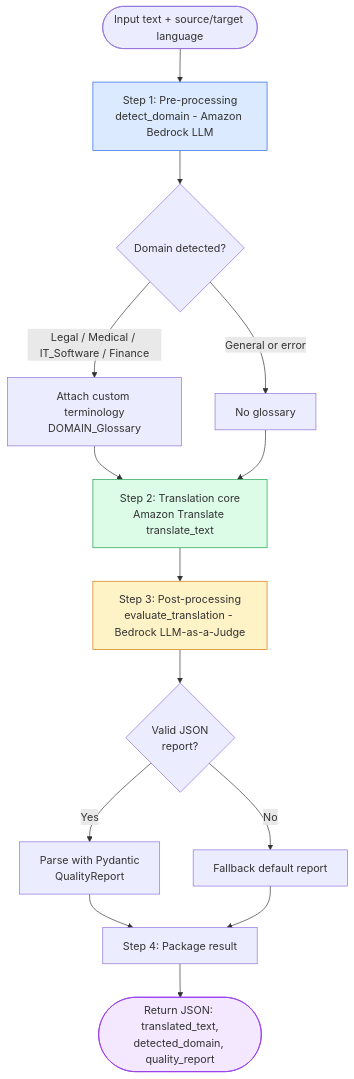
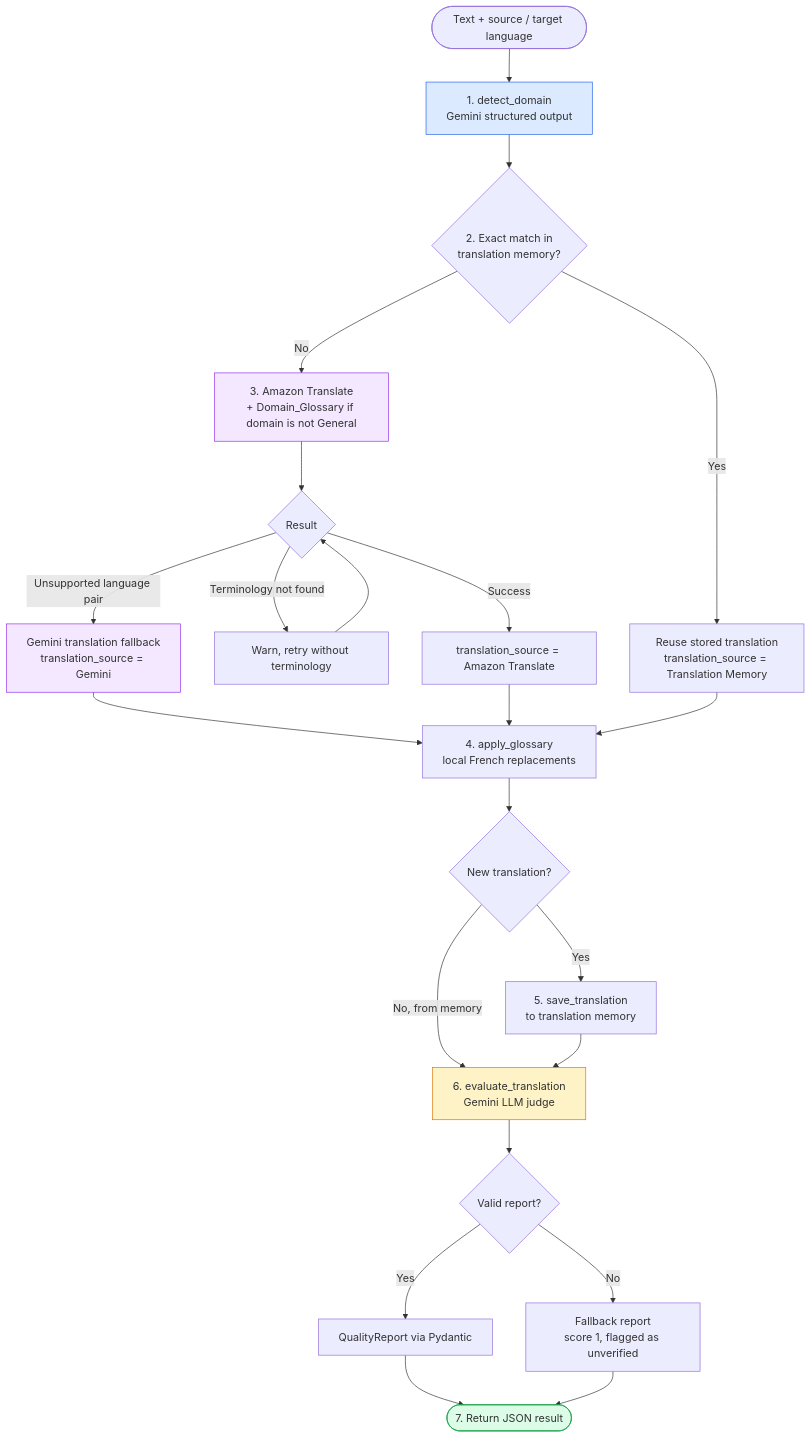
One commit to csquare14/translation-ai-service changed the second of 7 diagrams in README.md. Above: the diagram before and after it, drawn with Mermaid. The commit also changed other lines of this file, not shown here.

````diff
--- a/README.md
+++ b/README.md
@@ -46,21 +110,30 @@
 ```mermaid
 flowchart TD
-    A([Input text + source/target language]) --> B[Step 1: Pre-processing<br/>detect_domain - Amazon Bedrock LLM]
-    B --> C{Domain detected?}
-    C -- Legal / Medical / IT_Software / Finance --> D[Attach custom terminology<br/>DOMAIN_Glossary]
-    C -- General or error --> E[No glossary]
-    D --> F[Step 2: Translation core<br/>Amazon Translate translate_text]
-    E --> F
-    F --> G[Step 3: Post-processing<br/>evaluate_translation - Bedrock LLM-as-a-Judge]
-    G --> H{Valid JSON<br/>report?}
-    H -- Yes --> I[Parse with Pydantic<br/>QualityReport]
-    H -- No --> J[Fallback default report]
-    I --> K[Step 4: Package result]
-    J --> K
-    K --> L([Return JSON: translated_text,<br/>detected_domain, quality_report])
+    A(["Text + source / target language"]) --> B["1. detect_domain<br/>Gemini structured output"]
+    B --> C{"2. Exact match in<br/>translation memory?"}
+    C -- "Yes" --> H["Reuse stored translation<br/>translation_source = Translation Memory"]
+    C -- "No" --> D["3. Amazon Translate<br/>+ Domain_Glossary if domain is not General"]
+    D --> D1{"Result"}
+    D1 -- "Terminology not found" --> D2["Warn, retry without terminology"]
+    D2 --> D1
+    D1 -- "Unsupported language pair" --> E["Gemini translation fallback<br/>translation_source = Gemini"]
+    D1 -- "Success" --> F["translation_source = Amazon Translate"]
+    E --> G
+    F --> G["4. apply_glossary<br/>local French replacements"]
+    H --> G
+    G --> S{"New translation?"}
+    S -- "Yes" --> S2["5. save_translation<br/>to translation memory"]
+    S -- "No, from memory" --> I
+    S2 --> I["6. evaluate_translation<br/>Gemini LLM judge"]
+    I --> J{"Valid report?"}
+    J -- "Yes" --> K["QualityReport via Pydantic"]
+    J -- "No" --> L["Fallback report<br/>score 1, flagged as unverified"]
+    K --> M(["7. Return JSON result"])
+    L --> M
 
     style B fill:#dbeafe,stroke:#2563eb
-    style F fill:#dcfce7,stroke:#16a34a
-    style G fill:#fef3c7,stroke:#d97706
-    style L fill:#f3e8ff,stroke:#9333ea
+    style D fill:#f3e8ff,stroke:#9333ea
+    style E fill:#f3e8ff,stroke:#9333ea
+    style I fill:#fef3c7,stroke:#d97706
+    style M fill:#dcfce7,stroke:#16a34a
 ```
````
